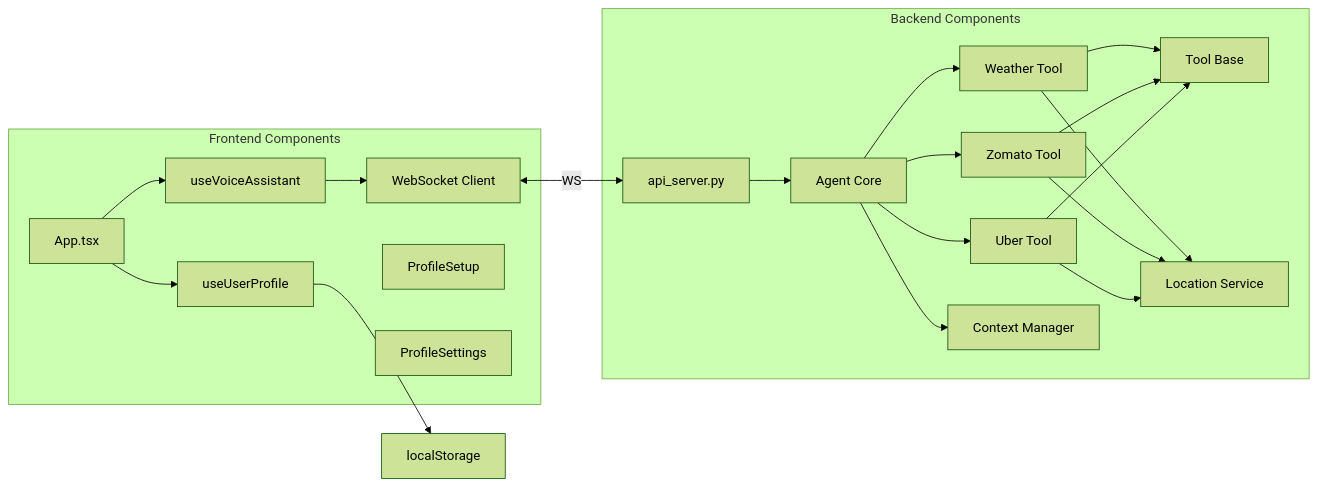
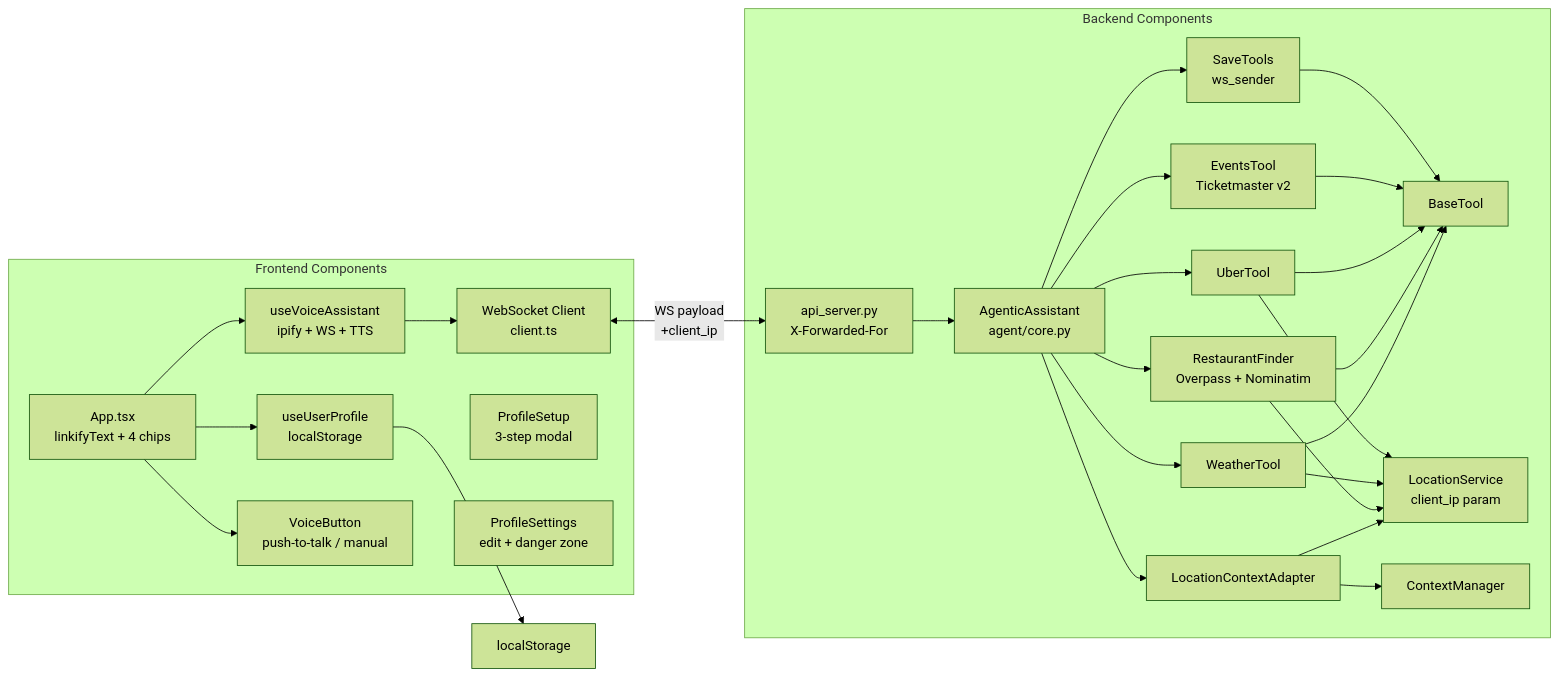
The third of 31 diagrams in docs/DIAGRAMS.md (saikiranaravala/PersonalizedVoiceLocationAwareAgent), drawn with Mermaid (forest theme) before and after one commit. The commit also changed other lines of this file and 4 other files, not shown here.

````diff
--- a/docs/DIAGRAMS.md
+++ b/docs/DIAGRAMS.md
@@ -81,39 +126,50 @@
 ```mermaid
 graph LR
     subgraph "Frontend Components"
-        A[App.tsx]
-        B[useVoiceAssistant]
-        C[useUserProfile]
-        D[WebSocket Client]
-        E[ProfileSetup]
-        F[ProfileSettings]
+        A[App.tsx<br/>linkifyText + 4 chips]
+        B[useVoiceAssistant<br/>ipify + WS + TTS]
+        C[useUserProfile<br/>localStorage]
+        D[WebSocket Client<br/>client.ts]
+        E[ProfileSetup<br/>3-step modal]
+        F[ProfileSettings<br/>edit + danger zone]
+        V[VoiceButton<br/>push-to-talk / manual]
     end
-    
+
     subgraph "Backend Components"
-        G[api_server.py]
-        H[Agent Core]
-        I[Tool Base]
-        J[Weather Tool]
-        K[Zomato Tool]
-        L[Uber Tool]
-        M[Location Service]
-        N[Context Manager]
+        G[api_server.py<br/>X-Forwarded-For]
+        H[AgenticAssistant<br/>agent/core.py]
+        LC[LocationContextAdapter]
+        I[BaseTool]
+        J[WeatherTool]
+        K[RestaurantFinder<br/>Overpass + Nominatim]
+        L[UberTool]
+        EV[EventsTool<br/>Ticketmaster v2]
+        SV[SaveTools<br/>ws_sender]
+        M[LocationService<br/>client_ip param]
+        N[ContextManager]
     end
-    
+
     A --> B
     A --> C
+    A --> V
     B --> D
     C --> localStorage
-    D <-->|WS| G
+    D <-->|WS payload<br/>+client_ip| G
     G --> H
-    H --> N
+    H --> LC
+    LC --> N
+    LC --> M
     H --> J
     H --> K
     H --> L
+    H --> EV
+    H --> SV
     J --> I
     K --> I
     L --> I
+    EV --> I
+    SV --> I
+    K --> M
     J --> M
-    K --> M
     L --> M
 ```
````
